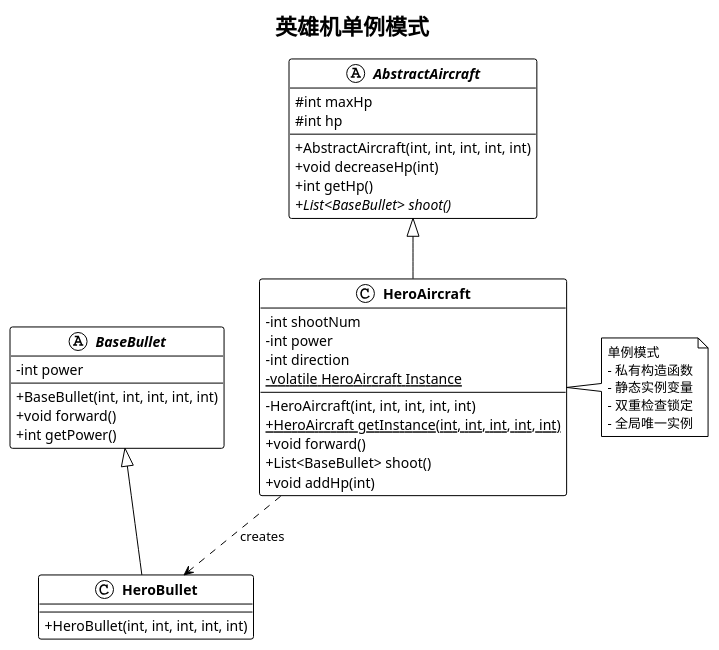
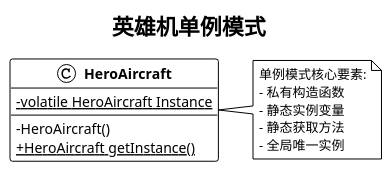
The diagram in uml/HeroSingletonPattern.puml (lxtf1216/AircraftWar), drawn with PlantUML before and after one commit. The commit also changed 2 other files, not shown here.

Commit message:
modify ump graphs

```diff
--- a/uml/HeroSingletonPattern.puml
+++ b/uml/HeroSingletonPattern.puml
@@ -1,50 +1,18 @@
 @startuml HeroSingletonPattern
 
 !theme plain
 skinparam classAttributeIconSize 0
 skinparam classFontStyle bold
 
 title 英雄机单例模式
 
-abstract class AbstractAircraft {
-    # int maxHp
-    # int hp
+class HeroAircraft {
+    - {static} volatile HeroAircraft Instance
     
-    + AbstractAircraft(int, int, int, int, int)
-    + void decreaseHp(int)
-    + int getHp()
-    + {abstract} List<BaseBullet> shoot()
+    - HeroAircraft()
+    + {static} HeroAircraft getInstance()
 }
 
-class HeroAircraft {
-    - int shootNum
-    - int power
-    - int direction
-    - {static} volatile HeroAircraft Instance
-    
-    - HeroAircraft(int, int, int, int, int)
-    + {static} HeroAircraft getInstance(int, int, int, int, int)
-    + void forward()
-    + List<BaseBullet> shoot()
-    + void addHp(int)
-}
-
-abstract class BaseBullet {
-    - int power
-    
-    + BaseBullet(int, int, int, int, int)
-    + void forward()
-    + int getPower()
-}
-
-class HeroBullet {
-    + HeroBullet(int, int, int, int, int)
-}
-
-AbstractAircraft <|-- HeroAircraft
-BaseBullet <|-- HeroBullet
-HeroAircraft ..> HeroBullet : creates
-
-note right of HeroAircraft : 单例模式\n- 私有构造函数\n- 静态实例变量\n- 双重检查锁定\n- 全局唯一实例
+note right of HeroAircraft : 单例模式核心要素:\n- 私有构造函数\n- 静态实例变量\n- 静态获取方法\n- 全局唯一实例
 
 @enduml
```
